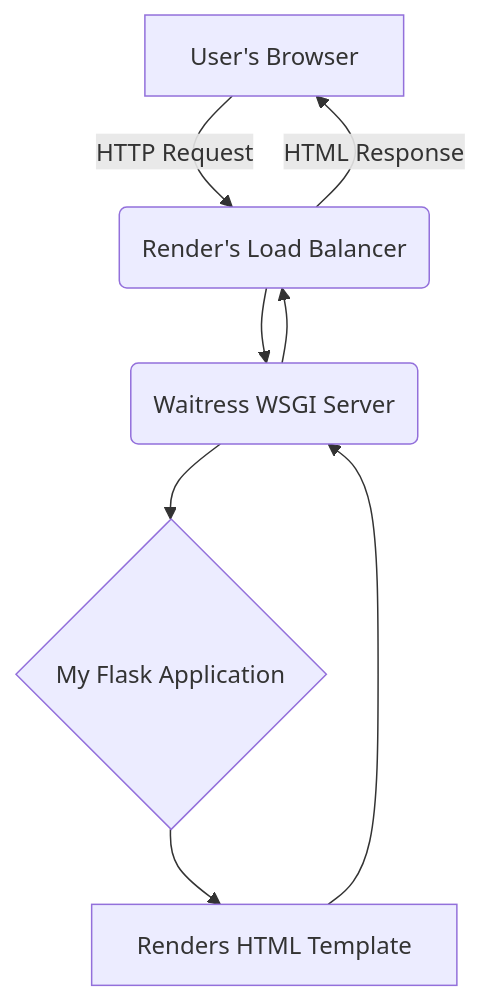
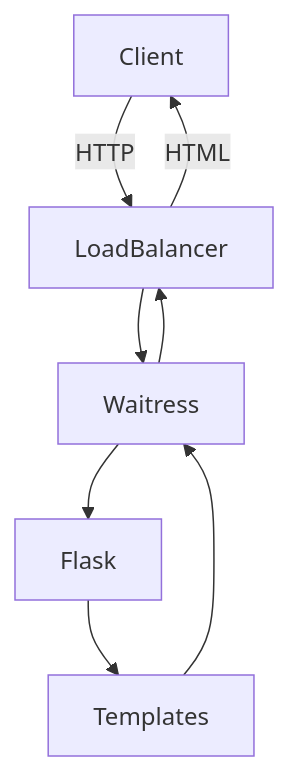
Before and after one commit to priyanshum17/webserver: the diagram in REPORT.md, drawn with Mermaid. The commit also changed other lines of this file, not shown here.

````diff
--- a/REPORT.md
+++ b/REPORT.md
@@ -17,10 +14,10 @@
 ```mermaid
 graph TD
-    A[User's Browser] -->|HTTP Request| B(Render's Load Balancer);
-    B --> C(Waitress WSGI Server);
-    C --> D{My Flask Application};
-    D --> E[Renders HTML Template];
-    E --> C;
-    C --> B;
-    B -->|HTML Response| A;
+    Client -->|HTTP| LoadBalancer
+    LoadBalancer --> Waitress
+    Waitress --> Flask
+    Flask --> Templates
+    Templates --> Waitress
+    Waitress --> LoadBalancer
+    LoadBalancer -->|HTML| Client
 ```
````
